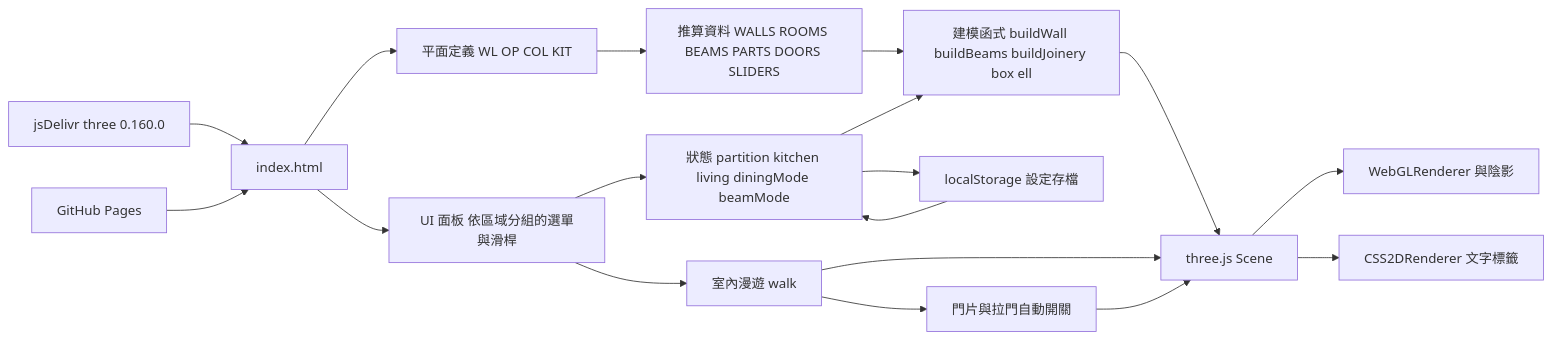
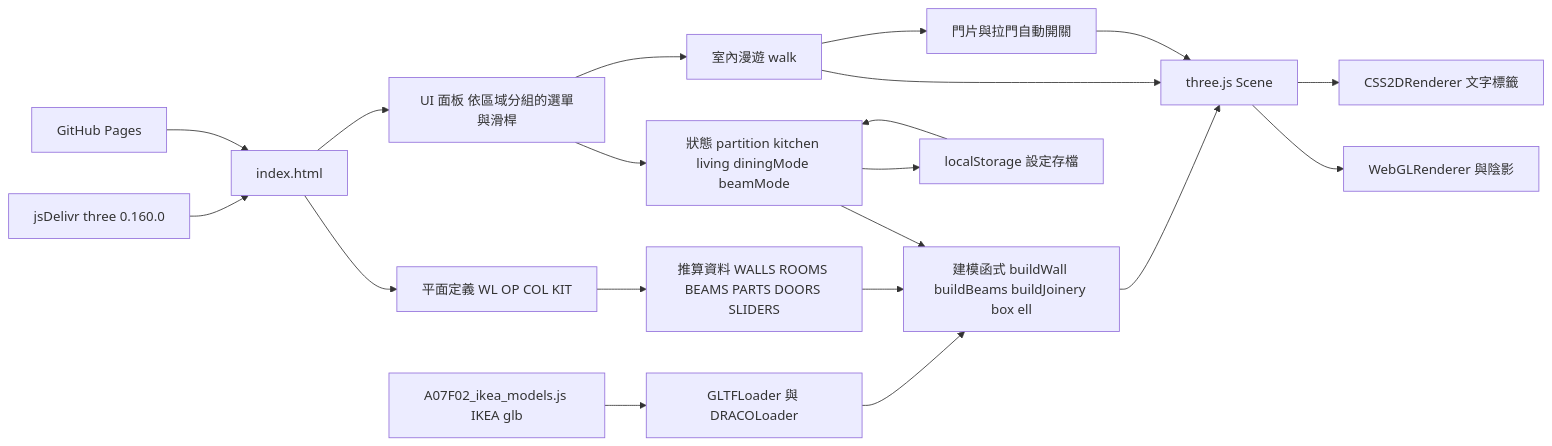
Before and after one commit to oopsdev/a07f02-3d: the first of 2 diagrams in docs/architecture.md, drawn with Mermaid. The commit also changed other lines of this file and 5 other files, not shown here.

First line of the commit message:
Use IKEA 3D models for furniture

````diff
--- a/docs/architecture.md
+++ b/docs/architecture.md
@@ -13,20 +13,22 @@
 ```mermaid
 flowchart LR
   A[index.html] --> P0[平面定義 WL OP COL KIT]
   P0 --> B[推算資料 WALLS ROOMS BEAMS PARTS DOORS SLIDERS]
   A --> C[UI 面板 依區域分組的選單與滑桿]
   B --> D[建模函式 buildWall buildBeams buildJoinery box ell]
   C --> E[狀態 partition kitchen living diningMode beamMode]
   E --> D
   E --> K[localStorage 設定存檔]
   K --> E
   D --> F[three.js Scene]
   F --> G[WebGLRenderer 與陰影]
   F --> H[CSS2DRenderer 文字標籤]
   C --> W[室內漫遊 walk]
   W --> F
   W --> DR[門片與拉門自動開關]
   DR --> F
+  M0[A07F02_ikea_models.js IKEA glb] --> L0[GLTFLoader 與 DRACOLoader]
+  L0 --> D
   I[jsDelivr three 0.160.0] --> A
   J[GitHub Pages] --> A
 ```
````
